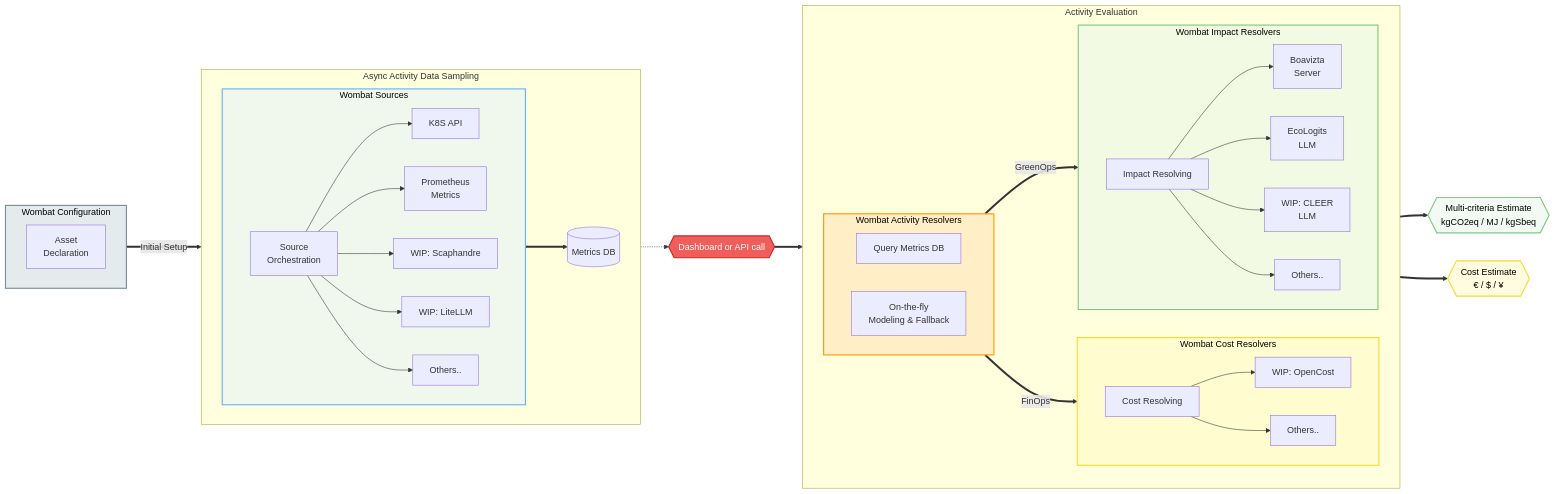
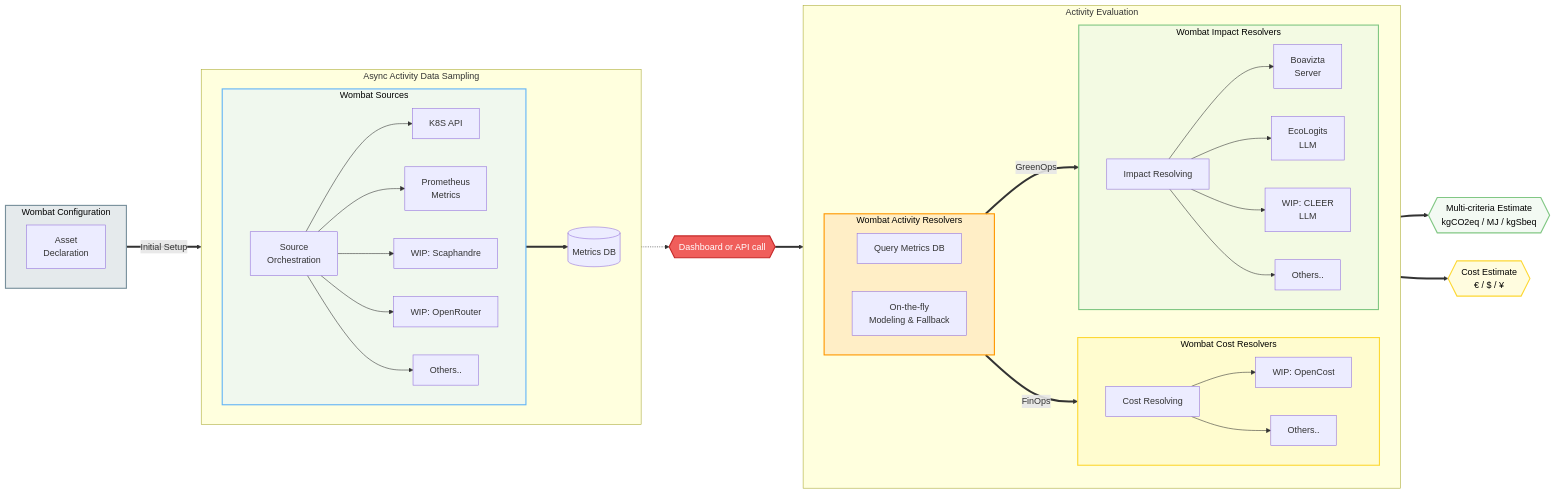
One commit to illuin-tech/wombat changed the second of 2 diagrams in README.md. Above: the diagram before and after it, drawn with Mermaid. The commit also changed other lines of this file, not shown here.

```diff
--- a/README.md
+++ b/README.md
@@ -99,7 +111,7 @@
             SOURCE_K8S_API[K8S API]
             SOURCE_LLM_PROMETHEUS[Prometheus\nMetrics]
             SOURCE_K8S_SCAPHANDRE[WIP: Scaphandre]
-            SOURCE_LLM_LITELLM[WIP: LiteLLM]
+            SOURCE_LLM_LITELLM[WIP: OpenRouter]
             SOURCE_OTHERS[Others..]
 
             SOURCE_ORCHESTRATOR-->SOURCE_K8S_API
```
